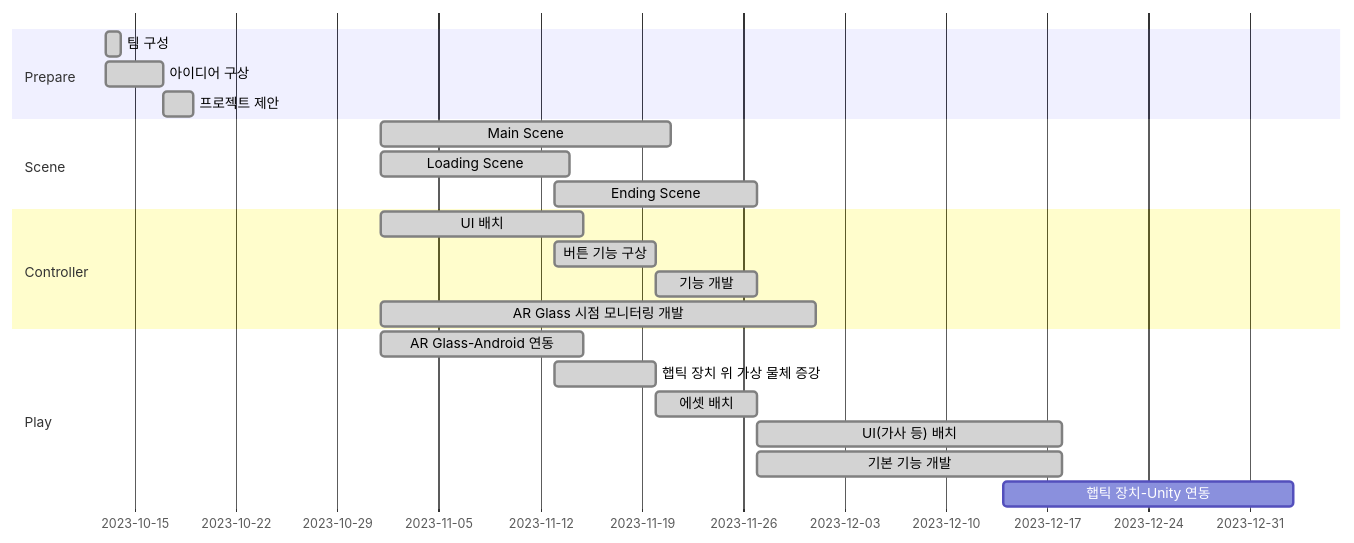
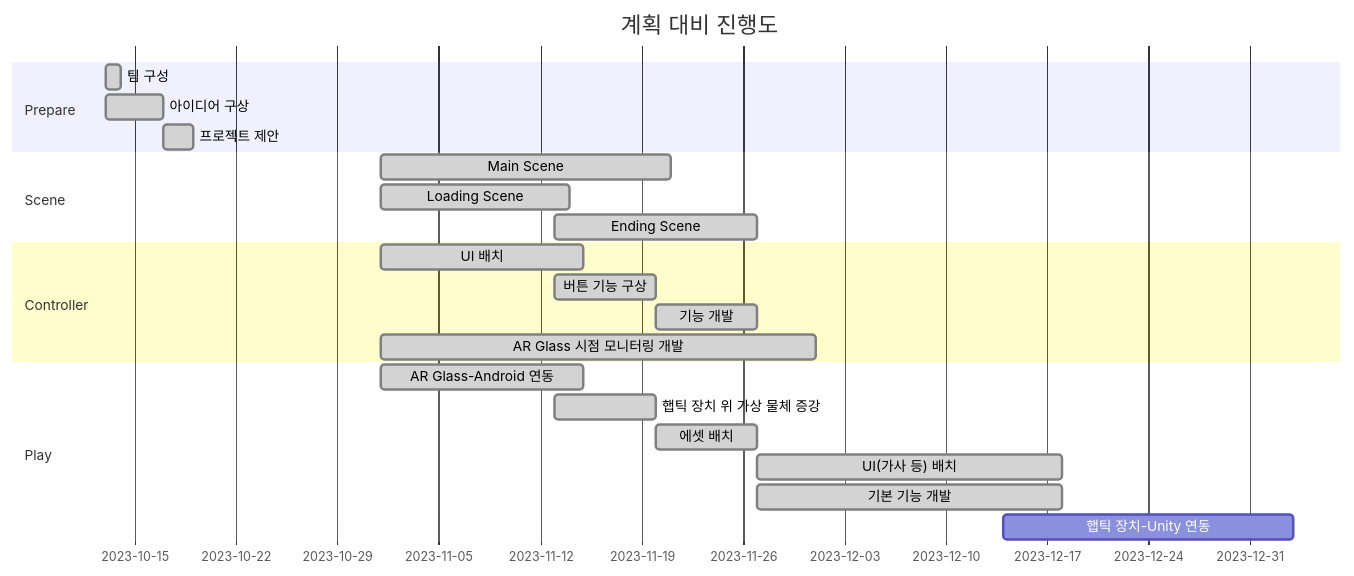
One commit to Amazing-AR-Glasses/AmazingAR changed the second of 2 diagrams in README.md. Above: the diagram before and after it, drawn with Mermaid. The commit also changed other lines of this file, not shown here.

````diff
--- a/README.md
+++ b/README.md
@@ -110,27 +110,28 @@
 ```mermaid
 gantt
+   title 계획 대비 진행도
    dateFormat  YYYY-MM-DD
    section Prepare
    팀 구성  : done, 2023-10-13, 1d
    아이디어 구상 : done, 2023-10-13, 4d
    프로젝트 제안 : done, 2023-10-17, 2d
 
    section Scene
    Main Scene : done, 2023-11-01, 20d
    Loading Scene : done, 2023-11-01, 13d
    Ending Scene : done, 2023-11-13, 14d
 
    section Controller
    UI 배치 : done, 2023-11-01, 14d
    버튼 기능 구상 : done, 2023-11-13, 7d
    기능 개발 : done, 2023-11-20, 7d
    AR Glass 시점 모니터링 개발 : done, 2023-11-01, 30d
 
    section Play
    AR Glass-Android 연동 :  done, 2023-11-01, 14d
    햅틱 장치 위 가상 물체 증강 : done, 2023-11-13, 7d
    에셋 배치 : done, 2023-11-20, 7d
    UI(가사 등) 배치 : done, 2023-11-27, 21d
    기본 기능 개발 : done, 2023-11-27, 21d
    햅틱 장치-Unity 연동 : 2023-12-14, 20d
 ```
````
